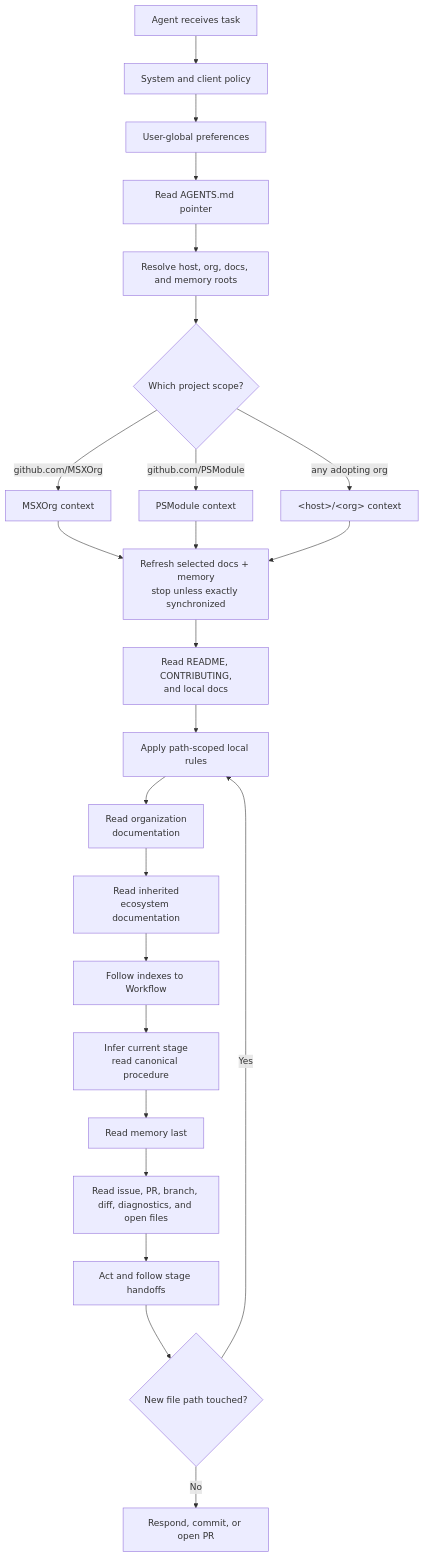
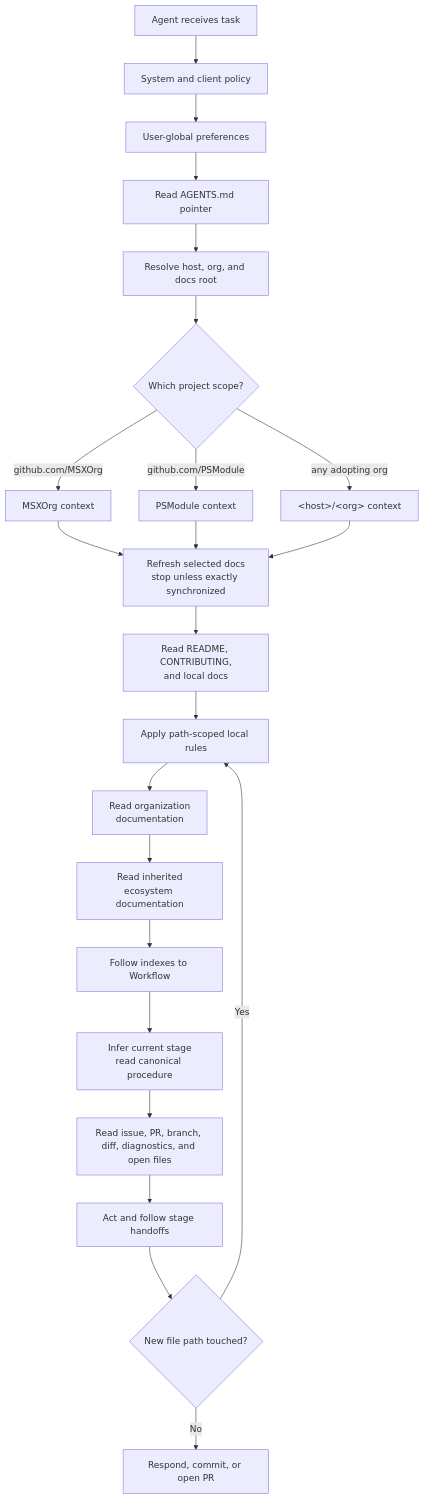
Before and after one commit to MSXOrg/docs: the diagram in src/docs/Capabilities/agentic-development/design.md, drawn with Mermaid. The commit also changed other lines of this file and 19 other files, not shown here.

````diff
--- a/src/docs/Capabilities/agentic-development/design.md
+++ b/src/docs/Capabilities/agentic-development/design.md
@@ -132,30 +100,29 @@
 ```mermaid
 flowchart TD
   start["Agent receives task"] --> policy["System and client policy"]
   policy --> user["User-global preferences"]
   user --> pointer["Read AGENTS.md pointer"]
-  pointer --> locate["Resolve host, org, docs, and memory roots"]
+  pointer --> locate["Resolve host, org, and docs root"]
 
   locate --> host{"Which project scope?"}
   host -->|"github.com/MSXOrg"| msx["MSXOrg context"]
   host -->|"github.com/PSModule"| psmodule["PSModule context"]
   host -->|"any adopting org"| other["&lt;host&gt;/&lt;org&gt; context"]
 
-  msx --> refresh["Refresh selected docs + memory<br/>stop unless exactly synchronized"]
+  msx --> refresh["Refresh selected docs<br/>stop unless exactly synchronized"]
   psmodule --> refresh
   other --> refresh
   refresh --> repo["Read README, CONTRIBUTING,<br/>and local docs"]
   repo --> path["Apply path-scoped local rules"]
   path --> orgdocs["Read organization<br/>documentation"]
   orgdocs --> docs["Read inherited<br/>ecosystem documentation"]
   docs --> workflow["Follow indexes to Workflow"]
 
   workflow --> stage["Infer current stage<br/>read canonical procedure"]
-  stage --> memory["Read memory last"]
-  memory --> task["Read issue, PR, branch, diff, diagnostics, and open files"]
+  stage --> task["Read issue, PR, branch, diff, diagnostics, and open files"]
   task --> act["Act and follow stage handoffs"]
 
   act --> newpath{"New file path touched?"}
   newpath -->|"Yes"| path
   newpath -->|"No"| done["Respond, commit, or open PR"]
 ```
````
